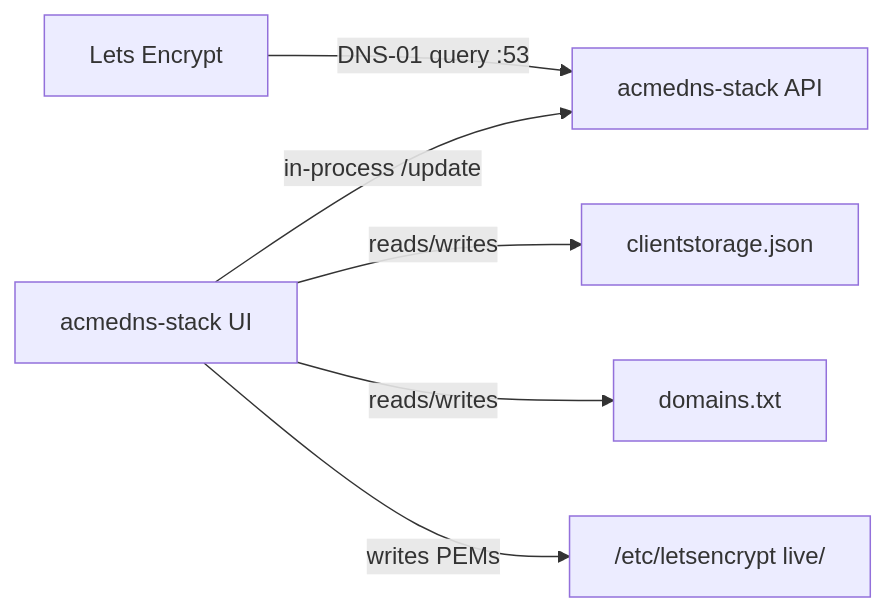
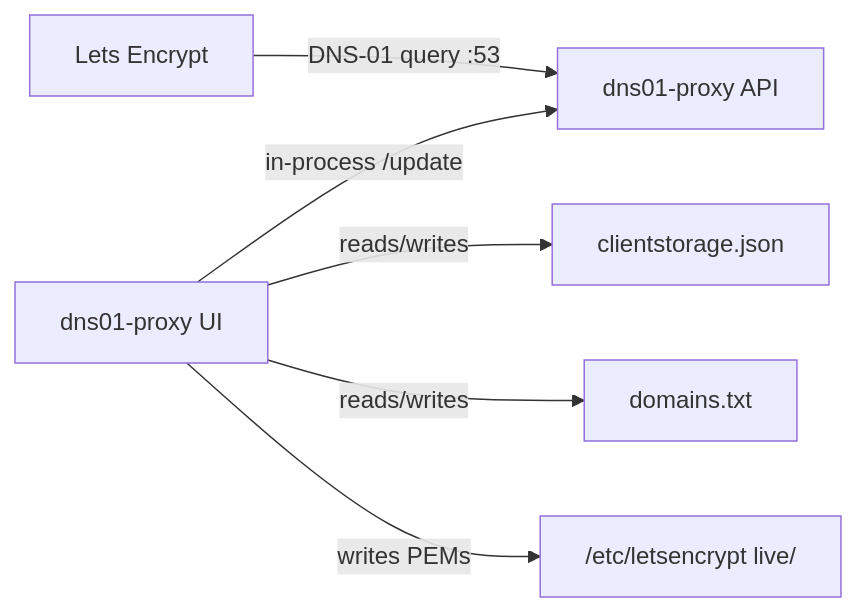
Before and after one commit to HariantoAtWork/dns01-proxy: the diagram in README.md, drawn with Mermaid. The commit also changed other lines of this file and 485 other files, not shown here.

First line of the commit message:
Rename acmedns-stack to dns01-proxy and fix paths.

````diff
--- a/README.md
+++ b/README.md
@@ -11,8 +11,8 @@
 ```mermaid
 flowchart LR
-  UI[acmedns-stack UI] -->|in-process /update| API[acmedns-stack API]
+  UI[dns01-proxy UI] -->|in-process /update| API[dns01-proxy API]
   UI -->|reads/writes| CS[clientstorage.json]
   UI -->|reads/writes| Domains[domains.txt]
   UI -->|writes PEMs| Certs["/etc/letsencrypt live/"]
   PubDNS[Lets Encrypt] -->|DNS-01 query :53| API
 ```
````
